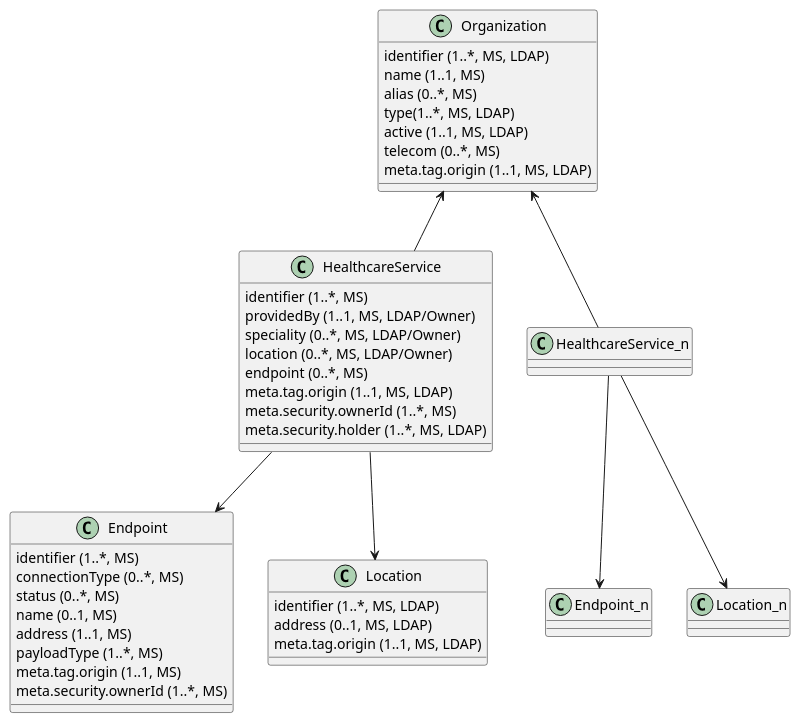
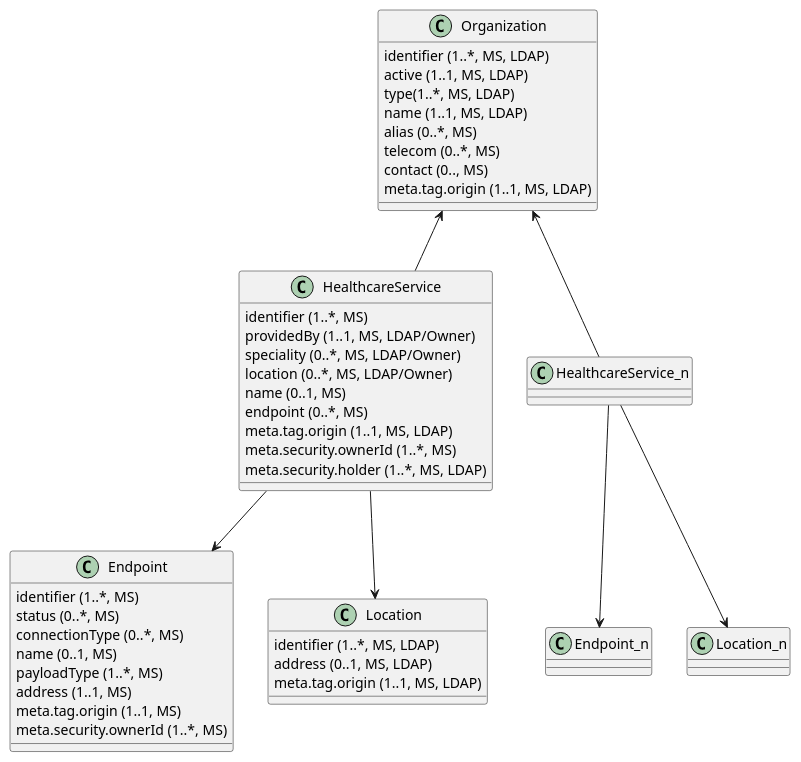
Before and after one commit to gematik/api-vzd: the diagram in src/plantuml/ClassDiagram.OrganizationDirectory.puml, drawn with PlantUML.

```diff
--- a/src/plantuml/ClassDiagram.OrganizationDirectory.puml
+++ b/src/plantuml/ClassDiagram.OrganizationDirectory.puml
@@ -1,49 +1,51 @@
 @startuml
  
 class Organization {
   {field} identifier (1..*, MS, LDAP)
-  {field} name (1..1, MS)
+  {field} active (1..1, MS, LDAP)
+  {field} type(1..*, MS, LDAP)
+  {field} name (1..1, MS, LDAP)
   {field} alias (0..*, MS)
-  {field} type(1..*, MS, LDAP)
-  {field} active (1..1, MS, LDAP)
   {field} telecom (0..*, MS)
+  {field} contact (0.., MS)
   {field} meta.tag.origin (1..1, MS, LDAP)
 }
  
 class HealthcareService {
   {field} identifier (1..*, MS)
   {field} providedBy (1..1, MS, LDAP/Owner)
   {field} speciality (0..*, MS, LDAP/Owner)
   {field} location (0..*, MS, LDAP/Owner)
+  {field} name (0..1, MS)
   {field} endpoint (0..*, MS)
   {field} meta.tag.origin (1..1, MS, LDAP)
   {field} meta.security.ownerId (1..*, MS)
   {field} meta.security.holder (1..*, MS, LDAP)
 }
  
 class Endpoint {
   {field} identifier (1..*, MS)
+  {field} status (0..*, MS)
   {field} connectionType (0..*, MS)
-  {field} status (0..*, MS)
   {field} name (0..1, MS)
+  {field} payloadType (1..*, MS)
   {field} address (1..1, MS)
-  {field} payloadType (1..*, MS)
   {field} meta.tag.origin (1..1, MS)
   {field} meta.security.ownerId (1..*, MS)
 }
  
 class Location {
   {field} identifier (1..*, MS, LDAP)
   {field} address (0..1, MS, LDAP)
   {field} meta.tag.origin (1..1, MS, LDAP)
 }
  
 Organization <-- HealthcareService
 HealthcareService --> Endpoint
 HealthcareService --> Location
  
 Organization <-- HealthcareService_n
 HealthcareService_n --> Endpoint_n
 HealthcareService_n --> Location_n
  
 @enduml
```
